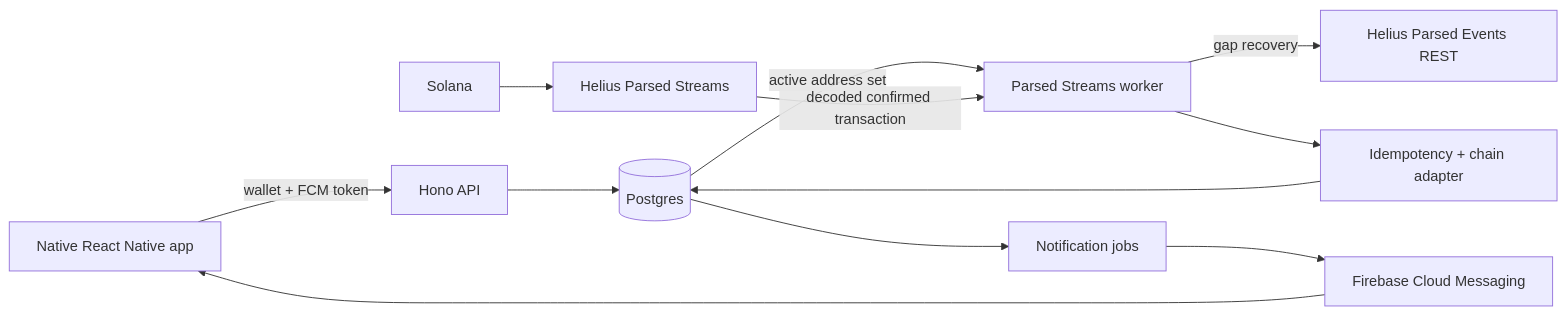
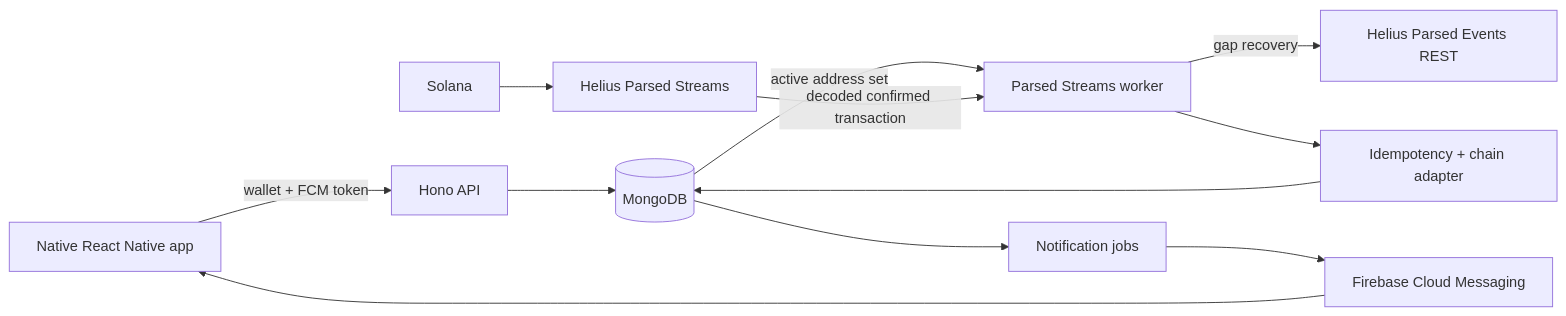
Before and after one commit to heymike777/whoaped: the diagram in docs/architecture.md, drawn with Mermaid. The commit also changed other lines of this file and 21 other files, not shown here.

````diff
--- a/docs/architecture.md
+++ b/docs/architecture.md
@@ -13,14 +11,14 @@
 ```mermaid
 flowchart LR
   M["Native React Native app"] -->|"wallet + FCM token"| A["Hono API"]
-  A --> P[("Postgres")]
+  A --> P[("MongoDB")]
   P -->|"active address set"| W["Parsed Streams worker"]
   S["Solana"] --> H["Helius Parsed Streams"]
   H -->|"decoded confirmed transaction"| W
   W -->|"gap recovery"| R["Helius Parsed Events REST"]
   W --> D["Idempotency + chain adapter"]
   D --> P
   P --> J["Notification jobs"]
   J --> E["Firebase Cloud Messaging"]
   E --> M
 ```
````
